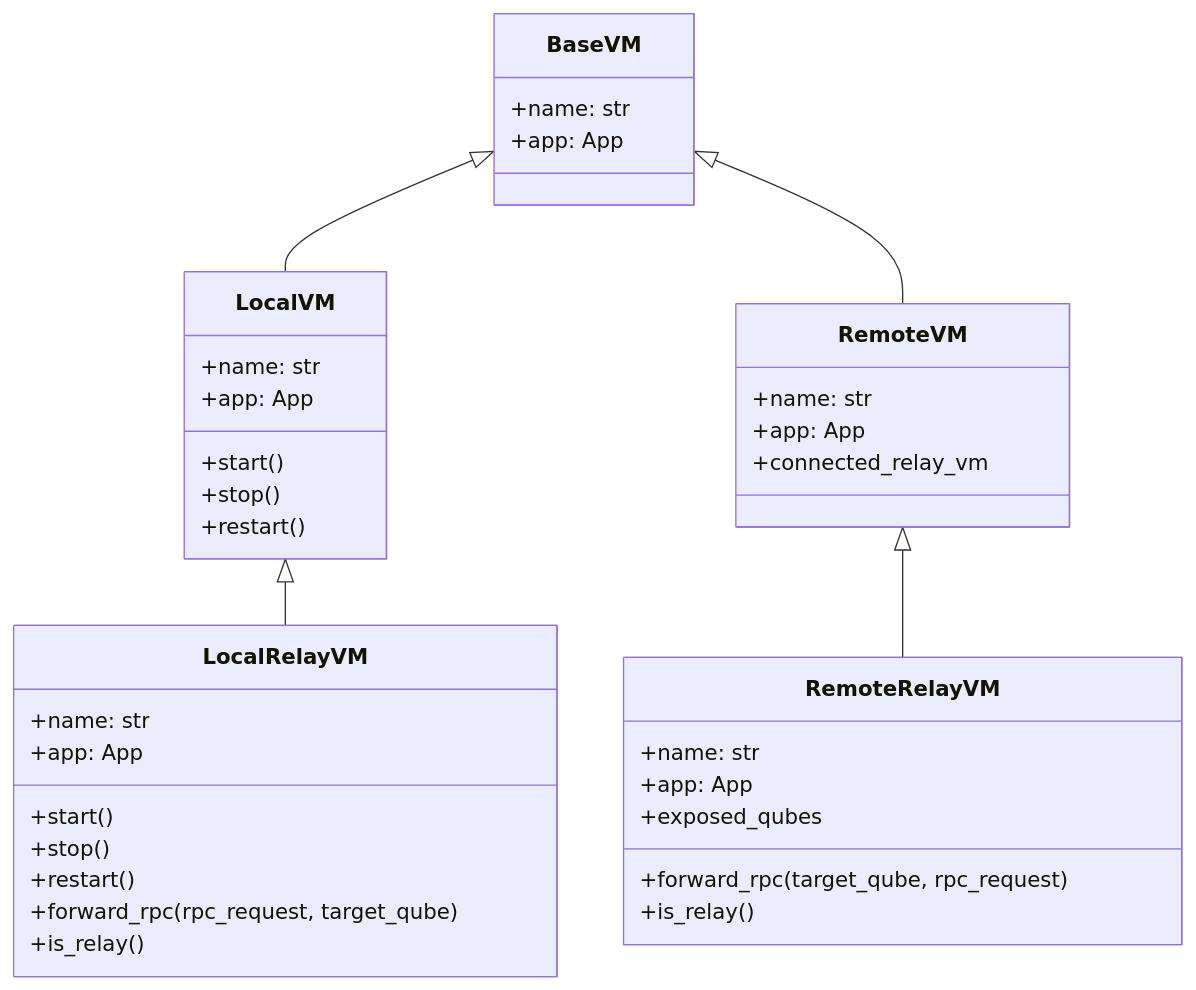
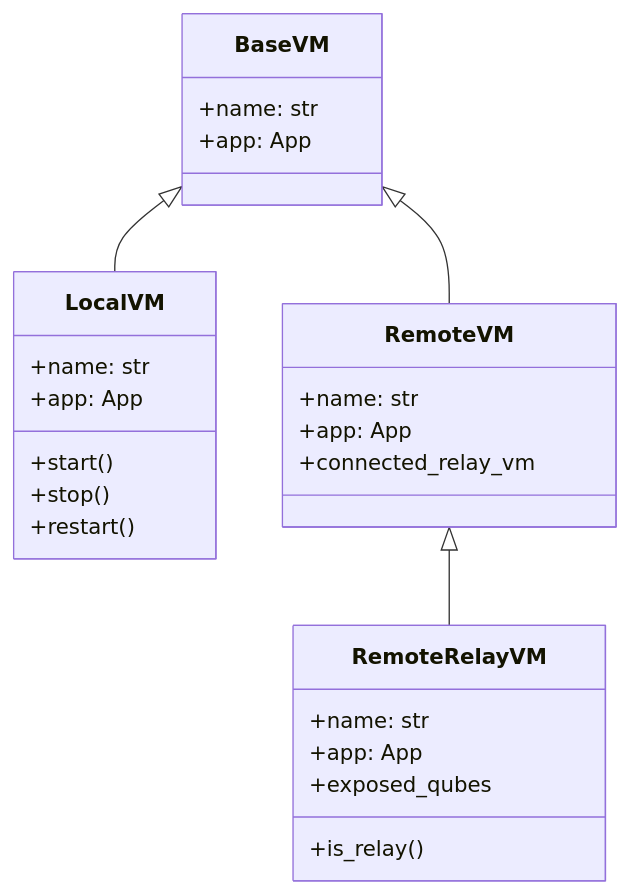
The first of 3 diagrams in doc.md (fepitre/qubes-air), drawn with Mermaid before and after one commit. The commit also changed other lines of this file and 4 other files, not shown here.

````diff
--- a/doc.md
+++ b/doc.md
@@ -5,44 +5,32 @@
 ```mermaid
 classDiagram
     class BaseVM {
         +name: str
         +app: App
     }
 
     class LocalVM {
         +name: str
         +app: App
         +start()
         +stop()
         +restart()
     }
 
     class RemoteVM {
         +name: str
         +app: App
         +connected_relay_vm
     }
 
-    class LocalRelayVM {
-        +name: str
-        +app: App
-        +start()
-        +stop()
-        +restart()
-        +forward_rpc(rpc_request, target_qube)
-        +is_relay()
-    }
-
     class RemoteRelayVM {
         +name: str
         +app: App
         +exposed_qubes
-        +forward_rpc(target_qube, rpc_request)
         +is_relay()
     }
 
     BaseVM <|-- LocalVM
     BaseVM <|-- RemoteVM
-    LocalVM <|-- LocalRelayVM
     RemoteVM <|-- RemoteRelayVM
 ```
````
